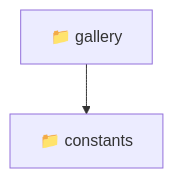
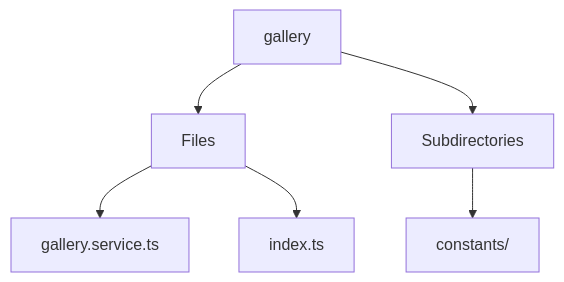
One commit to beginwebdev2002/fullstack-mavluda changed the diagram in frontend/src/entities/gallery/README.md. Above: the diagram before and after it, drawn with Mermaid. The commit also changed other lines of this file and 167 other files, not shown here.

````diff
--- a/frontend/src/entities/gallery/README.md
+++ b/frontend/src/entities/gallery/README.md
@@ -11,5 +14,8 @@
 ```mermaid
 graph TD
-  gallery["📁 gallery"]
-  gallery --> constants["📁 constants"]
+  gallery --> Files
+  Files --> gallery_service_ts[gallery.service.ts]
+  Files --> index_ts[index.ts]
+  gallery --> Subdirectories
+  Subdirectories --> constants[constants/]
 ```
````
